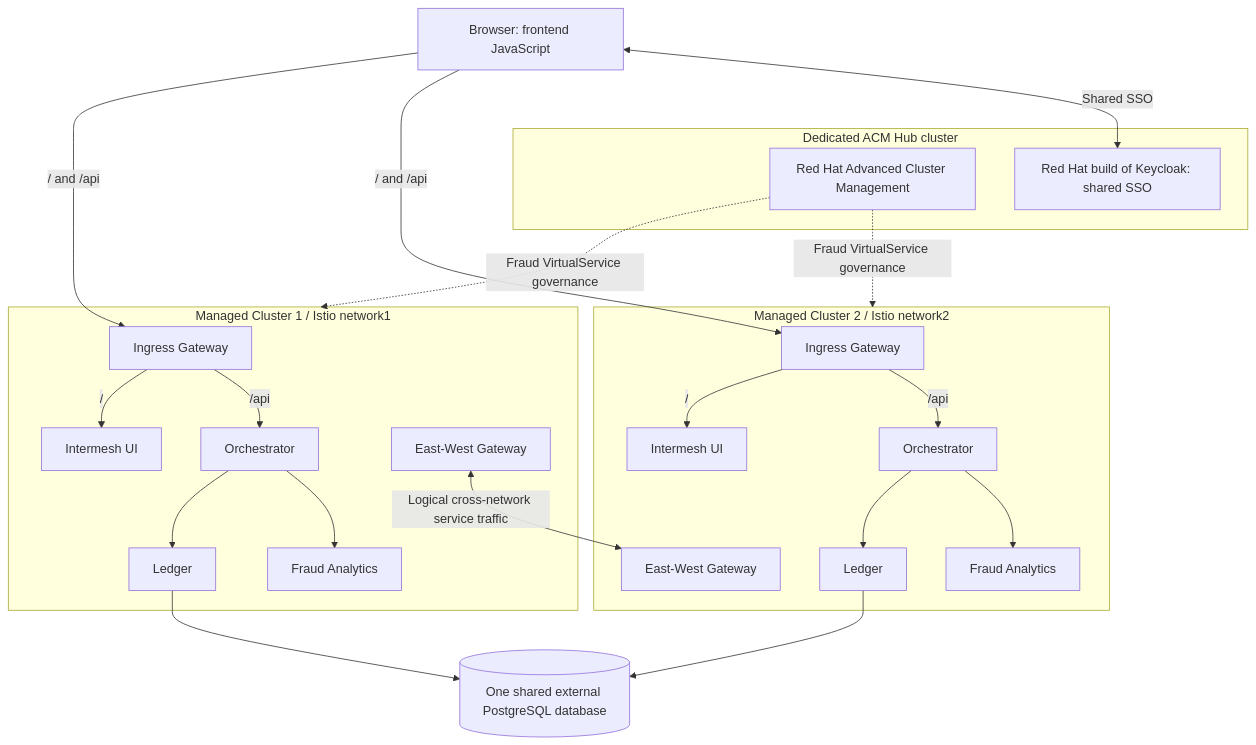
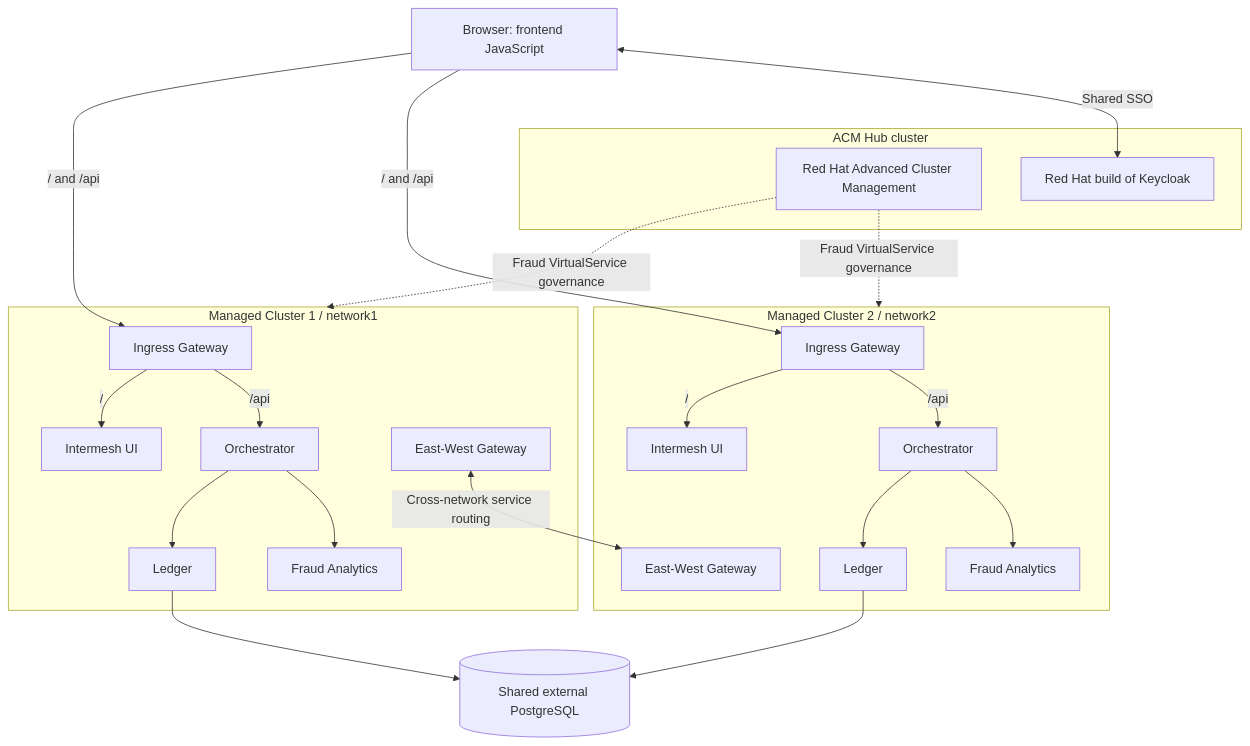
The diagram in README.md (giovanniizzi/intermesh-bank), drawn with Mermaid before and after one commit. The commit also changed other lines of this file and 1 other file, not shown here.

Commit message:
docs: refine architecture documentation

````diff
--- a/README.md
+++ b/README.md
@@ -8,31 +15,31 @@
 ```mermaid
 flowchart TB
   BROWSER["Browser: frontend JavaScript"]
-  subgraph HUB["Dedicated ACM Hub cluster"]
+  subgraph HUB["ACM Hub cluster"]
     ACM["Red Hat Advanced Cluster Management"]
-    SSO["Red Hat build of Keycloak: shared SSO"]
+    SSO["Red Hat build of Keycloak"]
   end
-  subgraph C1["Managed Cluster 1 / Istio network1"]
+  subgraph C1["Managed Cluster 1 / network1"]
     IG1["Ingress Gateway"] -->|"/"| UI1["Intermesh UI"]
     IG1 -->|"/api"| O1["Orchestrator"]
     O1 --> L1["Ledger"]
     O1 --> F1["Fraud Analytics"]
     EW1["East-West Gateway"]
   end
-  subgraph C2["Managed Cluster 2 / Istio network2"]
+  subgraph C2["Managed Cluster 2 / network2"]
     IG2["Ingress Gateway"] -->|"/"| UI2["Intermesh UI"]
     IG2 -->|"/api"| O2["Orchestrator"]
     O2 --> L2["Ledger"]
     O2 --> F2["Fraud Analytics"]
     EW2["East-West Gateway"]
   end
-  DB[("One shared external PostgreSQL database")]
+  DB[("Shared external PostgreSQL")]
   BROWSER -->|"/ and /api"| IG1
   BROWSER -->|"/ and /api"| IG2
+  BROWSER <-->|"Shared SSO"| SSO
   ACM -. "Fraud VirtualService governance" .-> C1
   ACM -. "Fraud VirtualService governance" .-> C2
-  BROWSER <-->|"Shared SSO"| SSO
   L1 --> DB
   L2 --> DB
-  EW1 <-->|"Logical cross-network service traffic"| EW2
+  EW1 <-->|"Cross-network service routing"| EW2
 ```
````
